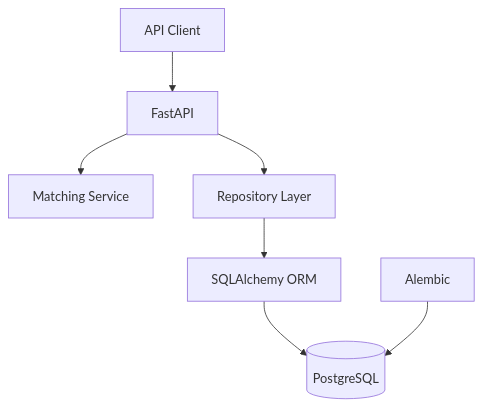
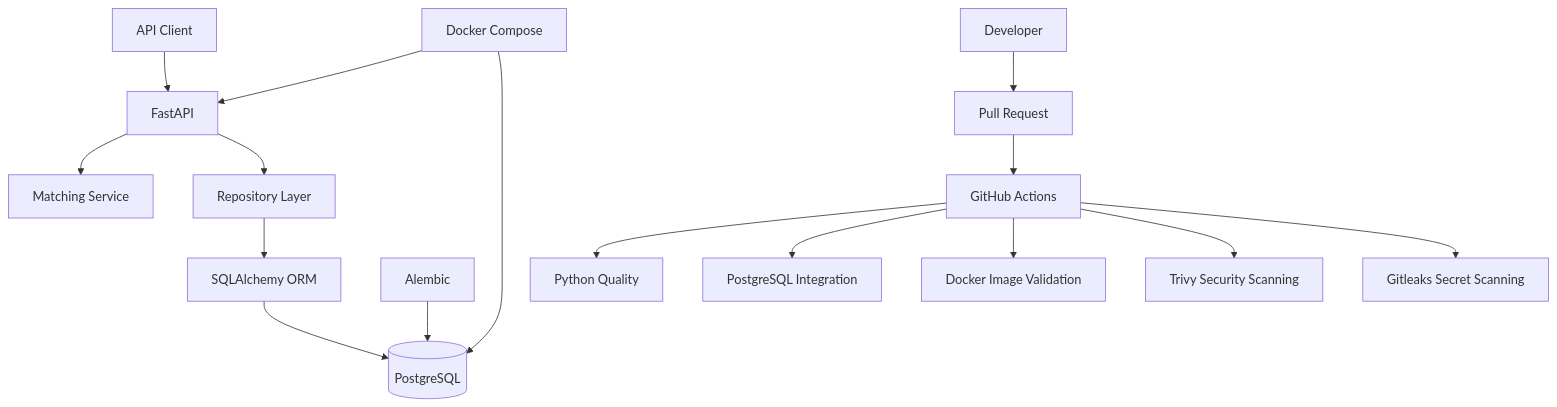
Before and after one commit to SamehYahia/ai-job-platform: the first of 2 diagrams in README.md, drawn with Mermaid. The commit also changed other lines of this file, not shown here.

Commit message:
docs: update project status and roadmap

````diff
--- a/README.md
+++ b/README.md
@@ -38,9 +57,24 @@
 ```mermaid
 flowchart TB
     CLIENT["API Client"] --> API["FastAPI"]
+
     API --> MATCHER["Matching Service"]
     API --> REPOSITORY["Repository Layer"]
+
     REPOSITORY --> ORM["SQLAlchemy ORM"]
     ORM --> DATABASE[("PostgreSQL")]
+
     ALEMBIC["Alembic"] --> DATABASE
+
+    COMPOSE["Docker Compose"] --> API
+    COMPOSE --> DATABASE
+
+    DEVELOPER["Developer"] --> PR["Pull Request"]
+    PR --> CI["GitHub Actions"]
+
+    CI --> QUALITY["Python Quality"]
+    CI --> INTEGRATION["PostgreSQL Integration"]
+    CI --> DOCKER["Docker Image Validation"]
+    CI --> TRIVY["Trivy Security Scanning"]
+    CI --> GITLEAKS["Gitleaks Secret Scanning"]
 ```
````
